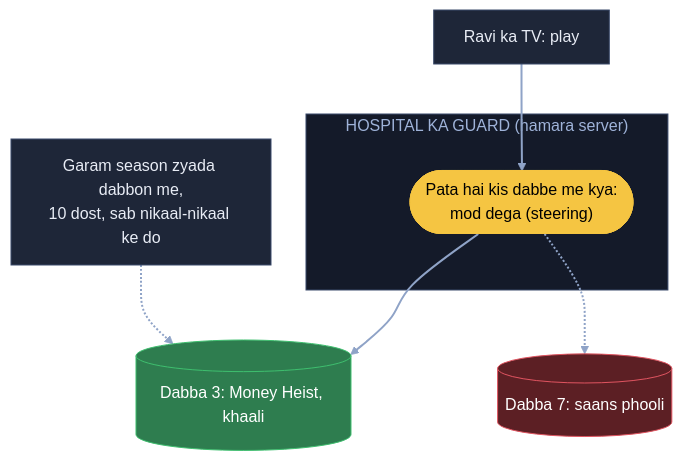
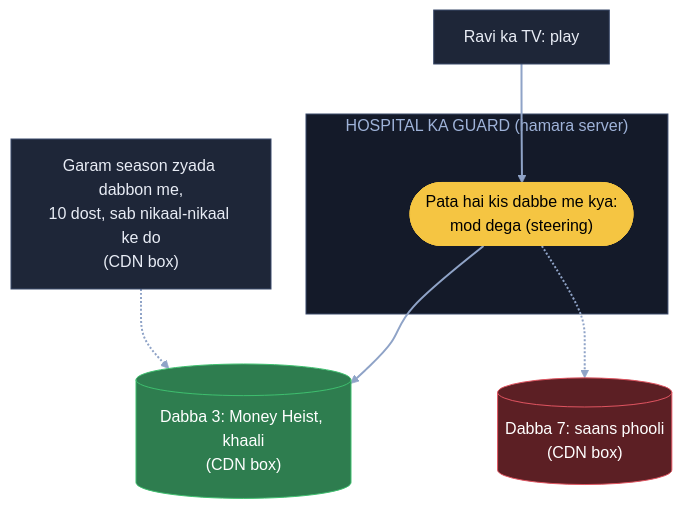
One commit to ArpanMaheshwari144/Prep changed the fourth of 9 diagrams in 04_HLD/SYSTEM_DESIGNS/18_netflix/18_netflix.md. Above: the diagram before and after it, drawn with Mermaid. The commit also changed other lines of this file and 22 other files, not shown here.

Commit message:
Diagram: sirf kahani ke dohraaye shabd pe bracket, us jagah notes wala matlab (207 label)

````diff
--- a/04_HLD/SYSTEM_DESIGNS/18_netflix/18_netflix.md
+++ b/04_HLD/SYSTEM_DESIGNS/18_netflix/18_netflix.md
@@ -159,20 +159,20 @@
 ```mermaid
 flowchart TB
     R["Ravi ka TV: play"]:::card
     subgraph HG["HOSPITAL KA GUARD (hamara server)"]
         S(["Pata hai kis dabbe me kya:<br/>mod dega (steering)"]):::pill
     end
-    D3[("Dabba 3: Money Heist, khaali")]:::good
-    D7[("Dabba 7: saans phooli")]:::bad
-    M["Garam season zyada dabbon me,<br/>10 dost, sab nikaal-nikaal ke do"]:::card
+    D3[("Dabba 3: Money Heist, khaali<br/>(CDN box)")]:::good
+    D7[("Dabba 7: saans phooli<br/>(CDN box)")]:::bad
+    M["Garam season zyada dabbon me,<br/>10 dost, sab nikaal-nikaal ke do<br/>(CDN box)"]:::card
     R --> S
     S --> D3
     S -.-> D7
     M -.-> D3
     linkStyle default stroke:#8fa3c7,stroke-width:2px
     classDef card fill:#1e2638,stroke:#3a4a6b,color:#e8ecf5
     classDef pill fill:#f5c542,stroke:#f5c542,color:#000
     classDef good fill:#2e7d4f,stroke:#3fbf6f,color:#fff
     classDef bad fill:#5c1f24,stroke:#e05561,color:#fff
     style HG fill:#141a29,stroke:#3a4a6b,color:#9fb3d9
 ```
````
